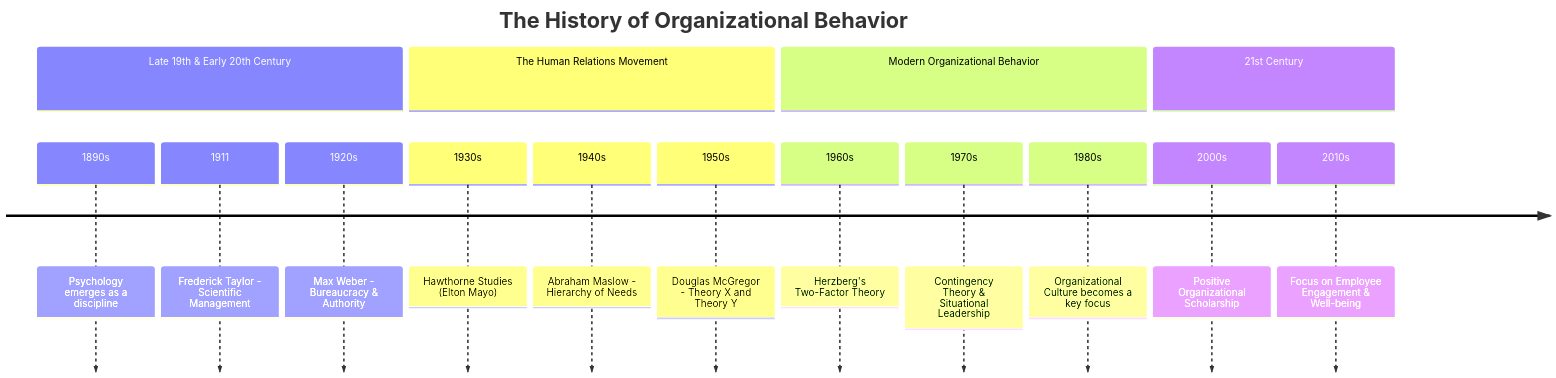
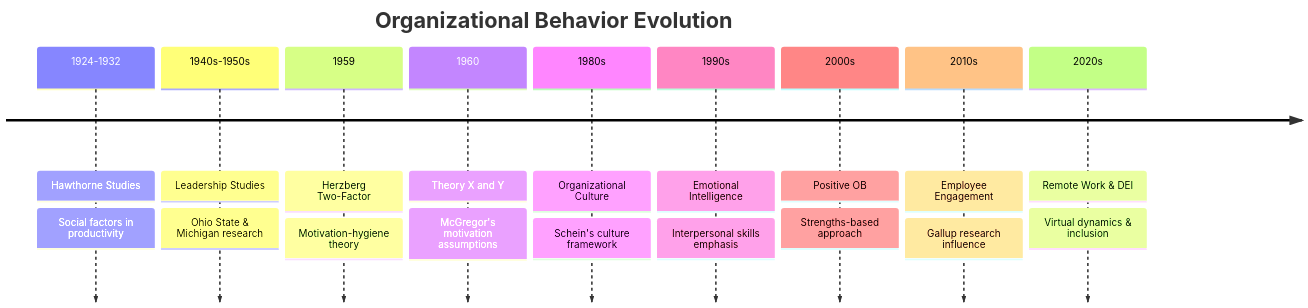
One commit to elidepb/mermaid_corpus changed the diagram in timeline/Business and Administration/markdowns/267_organizational_behavior.md. Above: the diagram before and after it, drawn with Mermaid. The commit also changed 3129 other files, not shown here.

````diff
--- a/timeline/Business and Administration/markdowns/267_organizational_behavior.md
+++ b/timeline/Business and Administration/markdowns/267_organizational_behavior.md
@@ -1,19 +1,22 @@
 ```mermaid
 timeline
-    title The History of Organizational Behavior
-    section Late 19th & Early 20th Century
-        1890s : Psychology emerges as a discipline
-        1911 : Frederick Taylor - Scientific Management
-        1920s : Max Weber - Bureaucracy & Authority
-    section The Human Relations Movement
-        1930s : Hawthorne Studies (Elton Mayo)
-        1940s : Abraham Maslow - Hierarchy of Needs
-        1950s : Douglas McGregor - Theory X and Theory Y
-    section Modern Organizational Behavior
-        1960s : Herzberg's Two-Factor Theory
-        1970s : Contingency Theory & Situational Leadership
-        1980s : Organizational Culture becomes a key focus
-    section 21st Century
-        2000s : Positive Organizational Scholarship
-        2010s : Focus on Employee Engagement & Well-being
+    title Organizational Behavior Evolution
+    1924-1932 : Hawthorne Studies
+              : Social factors in productivity
+    1940s-1950s : Leadership Studies
+                : Ohio State & Michigan research
+    1959 : Herzberg Two-Factor
+         : Motivation-hygiene theory
+    1960 : Theory X and Y
+         : McGregor's motivation assumptions
+    1980s : Organizational Culture
+          : Schein's culture framework
+    1990s : Emotional Intelligence
+          : Interpersonal skills emphasis
+    2000s : Positive OB
+          : Strengths-based approach
+    2010s : Employee Engagement
+          : Gallup research influence
+    2020s : Remote Work & DEI
+          : Virtual dynamics & inclusion
 ```
````
